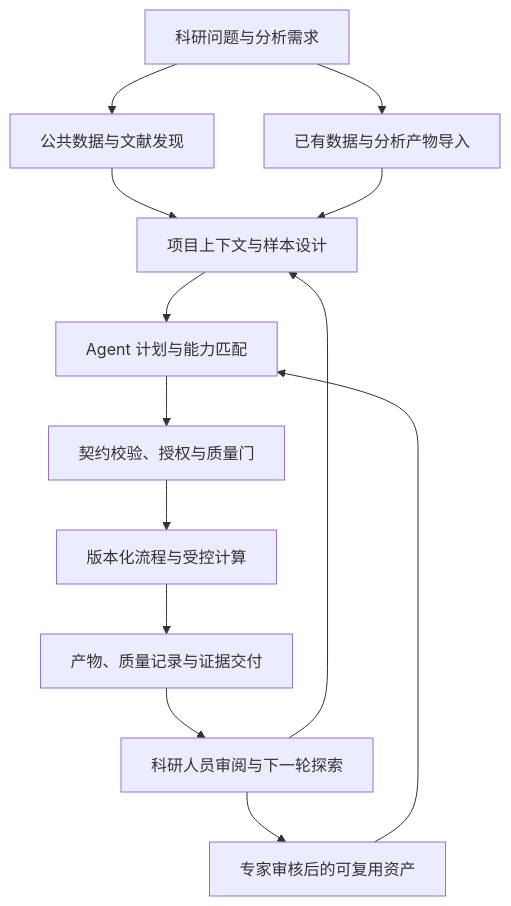
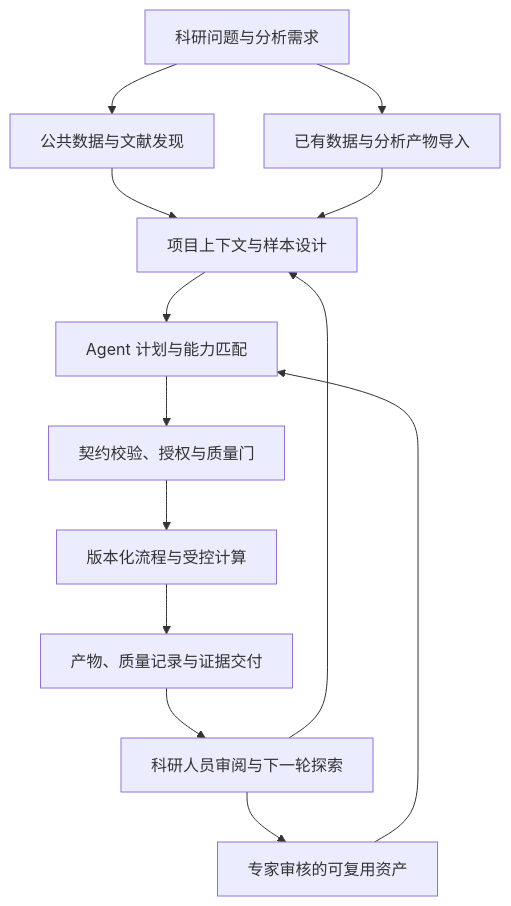
The first of 4 diagrams in docs/README.zh-CN.md (CygnusX-Labs/CygnusX), drawn with Mermaid before and after one commit. The commit also changed other lines of this file and 1 other file, not shown here.

````diff
--- a/docs/README.zh-CN.md
+++ b/docs/README.zh-CN.md
@@ -84,15 +83,15 @@
 ```mermaid
 flowchart TD
     Q["科研问题与分析需求"] --> D["公共数据与文献发现"]
     Q --> I["已有数据与分析产物导入"]
     D --> P["项目上下文与样本设计"]
     I --> P
     P --> A["Agent 计划与能力匹配"]
     A --> G["契约校验、授权与质量门"]
     G --> F["版本化流程与受控计算"]
     F --> E["产物、质量记录与证据交付"]
     E --> H["科研人员审阅与下一轮探索"]
     H --> P
-    H --> K["专家审核后的可复用资产"]
+    H --> K["专家审核的可复用资产"]
     K --> A
 ```
````
